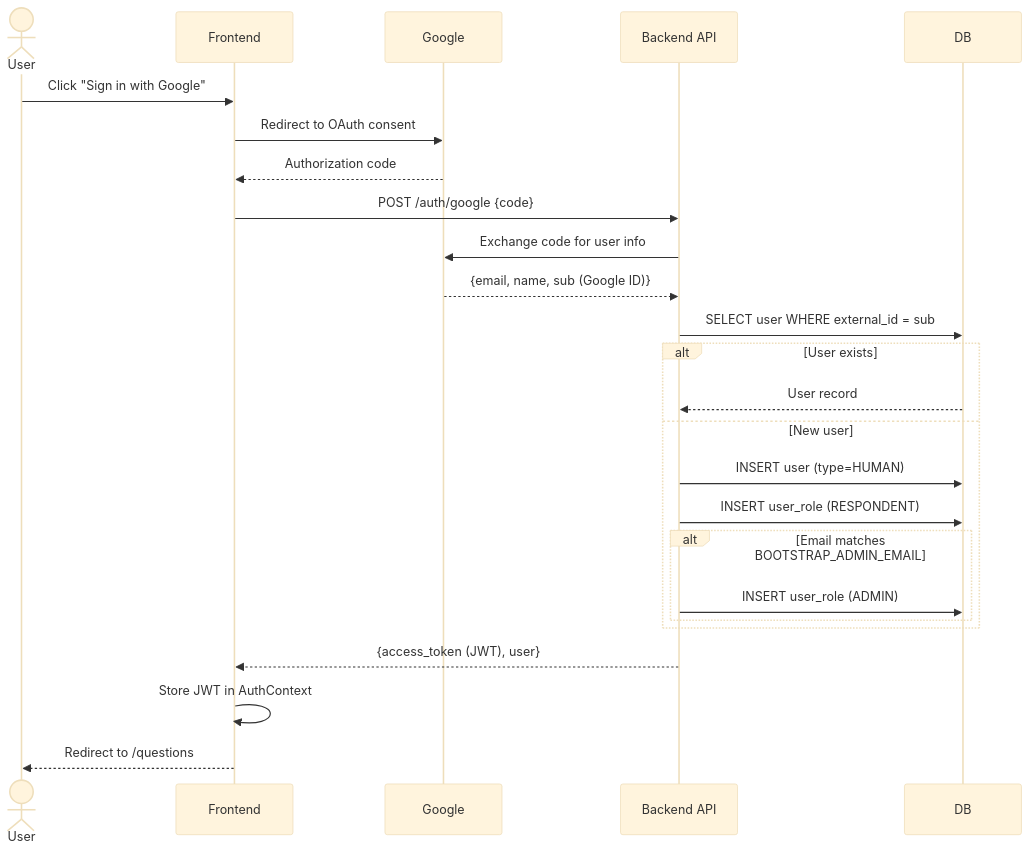
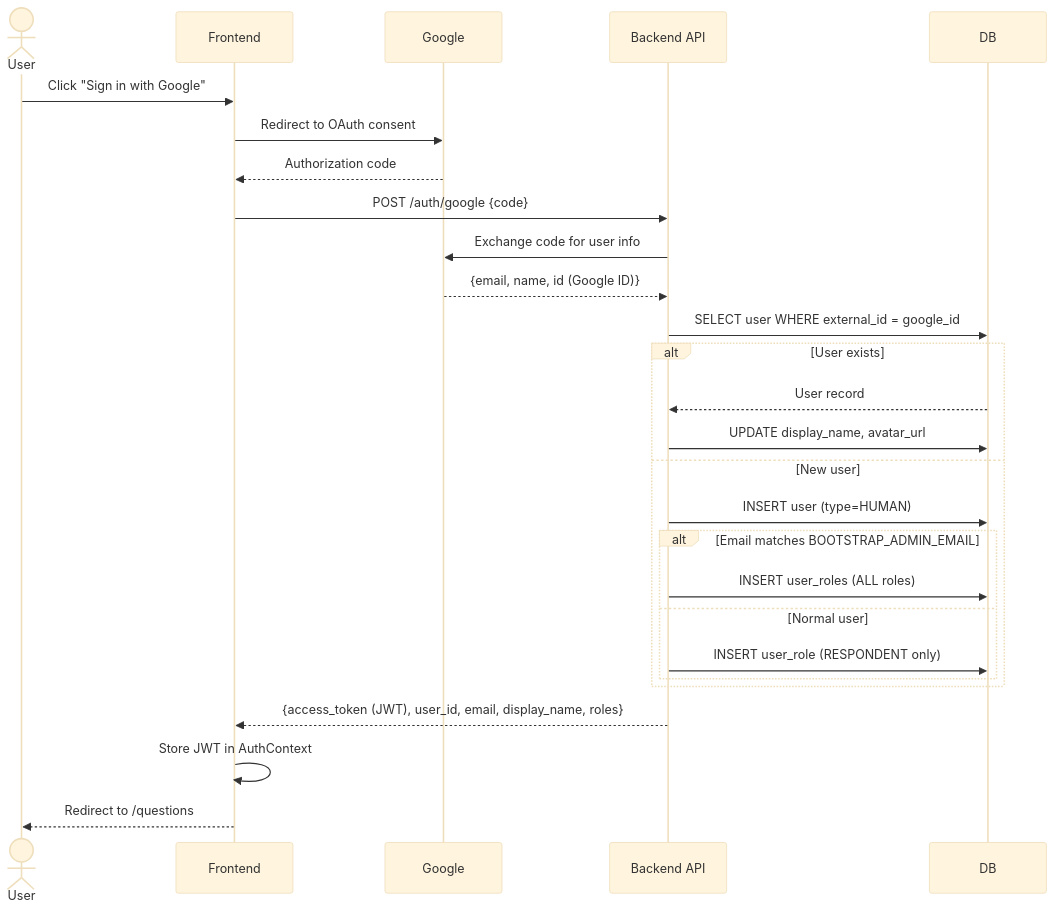
The first of 17 diagrams in docs/sequence-diagrams.md (keytech42/tacit-knowledge-elicitation), drawn with Mermaid (base theme) before and after one commit. The commit also changed other lines of this file, not shown here.

First line of the commit message:
Fix sequence diagram inaccuracies and add state machine notes

````diff
--- a/docs/sequence-diagrams.md
+++ b/docs/sequence-diagrams.md
@@ -29,28 +29,30 @@
 ```mermaid
 sequenceDiagram
     actor User
     participant Frontend
     participant Google
     participant Backend as Backend API
     participant DB
 
     User->>Frontend: Click "Sign in with Google"
     Frontend->>Google: Redirect to OAuth consent
     Google-->>Frontend: Authorization code
     Frontend->>Backend: POST /auth/google {code}
     Backend->>Google: Exchange code for user info
-    Google-->>Backend: {email, name, sub (Google ID)}
-    Backend->>DB: SELECT user WHERE external_id = sub
+    Google-->>Backend: {email, name, id (Google ID)}
+    Backend->>DB: SELECT user WHERE external_id = google_id
     alt User exists
         DB-->>Backend: User record
+        Backend->>DB: UPDATE display_name, avatar_url
     else New user
         Backend->>DB: INSERT user (type=HUMAN)
-        Backend->>DB: INSERT user_role (RESPONDENT)
         alt Email matches BOOTSTRAP_ADMIN_EMAIL
-            Backend->>DB: INSERT user_role (ADMIN)
+            Backend->>DB: INSERT user_roles (ALL roles)
+        else Normal user
+            Backend->>DB: INSERT user_role (RESPONDENT only)
         end
     end
-    Backend-->>Frontend: {access_token (JWT), user}
+    Backend-->>Frontend: {access_token (JWT), user_id, email, display_name, roles}
     Frontend->>Frontend: Store JWT in AuthContext
     Frontend-->>User: Redirect to /questions
 ```
````
